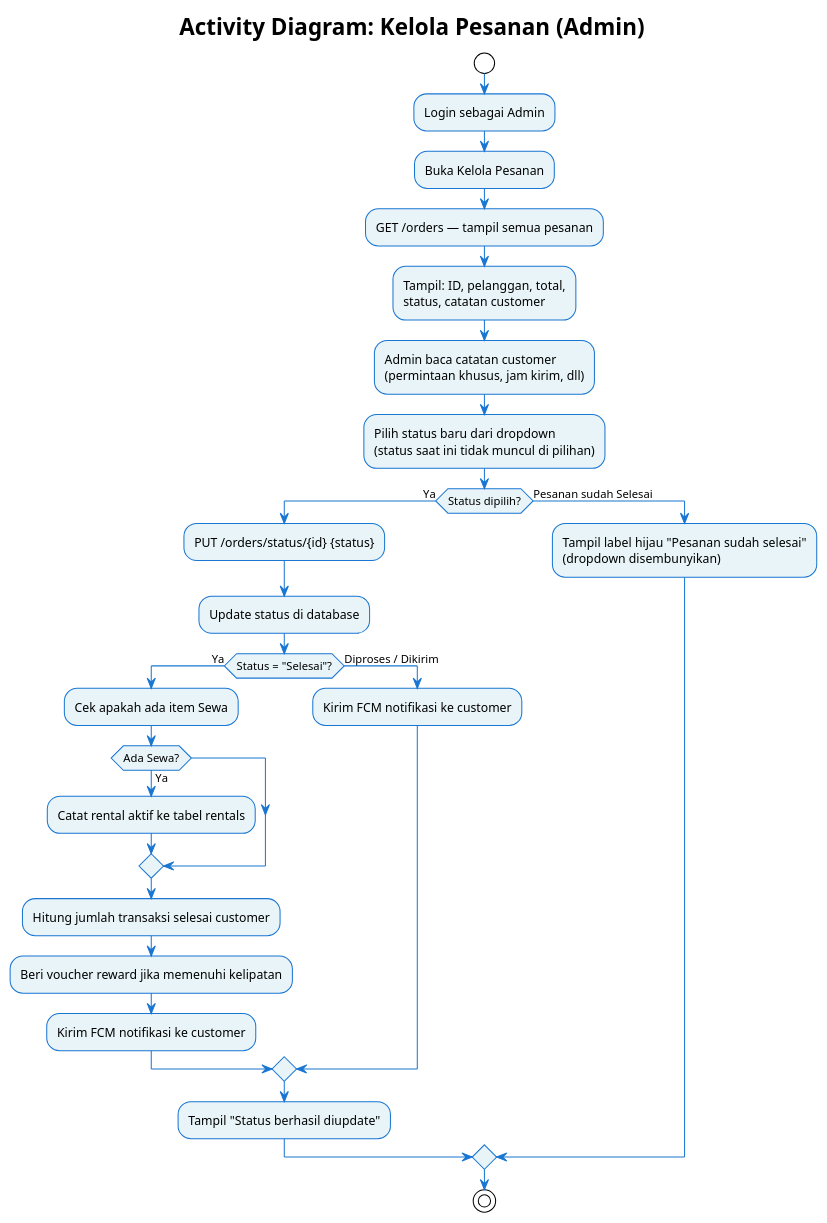
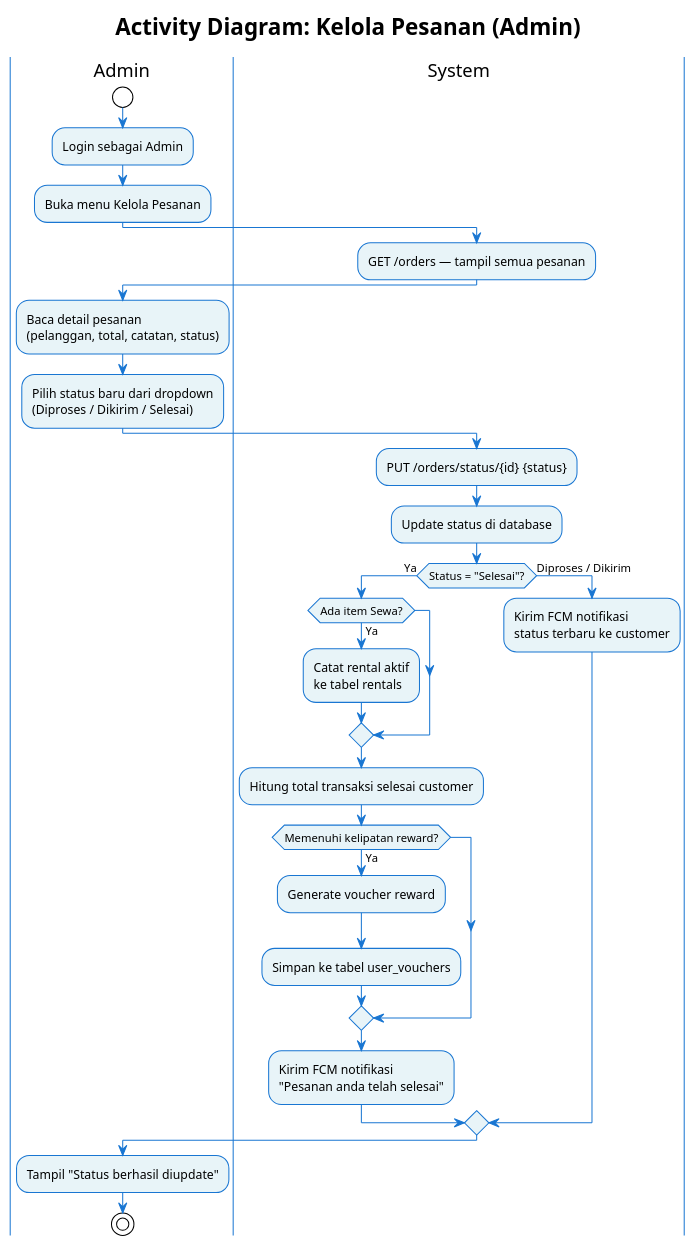
The diagram in diagrams/activity/08_kelola_pesanan_admin_activity.puml (IlhamMaulana13/Project3-SitemApkOrderGalon), drawn with PlantUML before and after one commit. The commit also changed 11 other files, not shown here.

```diff
--- a/diagrams/activity/08_kelola_pesanan_admin_activity.puml
+++ b/diagrams/activity/08_kelola_pesanan_admin_activity.puml
@@ -1,40 +1,44 @@
 @startuml AD_Kelola_Pesanan_Admin
 !theme plain
 title Activity Diagram: Kelola Pesanan (Admin)
 skinparam ArrowColor #1976D2
 skinparam ActivityBackgroundColor #E8F4F8
 skinparam ActivityBorderColor #1976D2
+skinparam SwimlaneBorderColor #1976D2
 
+|Admin|
 start
 :Login sebagai Admin;
-:Buka Kelola Pesanan;
+:Buka menu Kelola Pesanan;
+
+|System|
 :GET /orders — tampil semua pesanan;
-:Tampil: ID, pelanggan, total,\nstatus, catatan customer;
 
-:Admin baca catatan customer\n(permintaan khusus, jam kirim, dll);
+|Admin|
+:Baca detail pesanan\n(pelanggan, total, catatan, status);
+:Pilih status baru dari dropdown\n(Diproses / Dikirim / Selesai);
 
-:Pilih status baru dari dropdown\n(status saat ini tidak muncul di pilihan);
+|System|
+:PUT /orders/status/{id} {status};
+:Update status di database;
 
-if (Status dipilih?) then (Ya)
-    :PUT /orders/status/{id} {status};
-    :Update status di database;
+if (Status = "Selesai"?) then (Ya)
+    if (Ada item Sewa?) then (Ya)
+        :Catat rental aktif\nke tabel rentals;
+    endif
+    :Hitung total transaksi selesai customer;
+    if (Memenuhi kelipatan reward?) then (Ya)
+        :Generate voucher reward;
+        :Simpan ke tabel user_vouchers;
+    endif
+    :Kirim FCM notifikasi\n"Pesanan anda telah selesai";
 
-    if (Status = "Selesai"?) then (Ya)
-        :Cek apakah ada item Sewa;
-        if (Ada Sewa?) then (Ya)
-            :Catat rental aktif ke tabel rentals;
-        endif
-        :Hitung jumlah transaksi selesai customer;
-        :Beri voucher reward jika memenuhi kelipatan;
-        :Kirim FCM notifikasi ke customer;
-    else (Diproses / Dikirim)
-        :Kirim FCM notifikasi ke customer;
-    endif
+else (Diproses / Dikirim)
+    :Kirim FCM notifikasi\nstatus terbaru ke customer;
+endif
 
-    :Tampil "Status berhasil diupdate";
-else (Pesanan sudah Selesai)
-    :Tampil label hijau "Pesanan sudah selesai"\n(dropdown disembunyikan);
-endif
+|Admin|
+:Tampil "Status berhasil diupdate";
 
 stop
 @enduml
```
